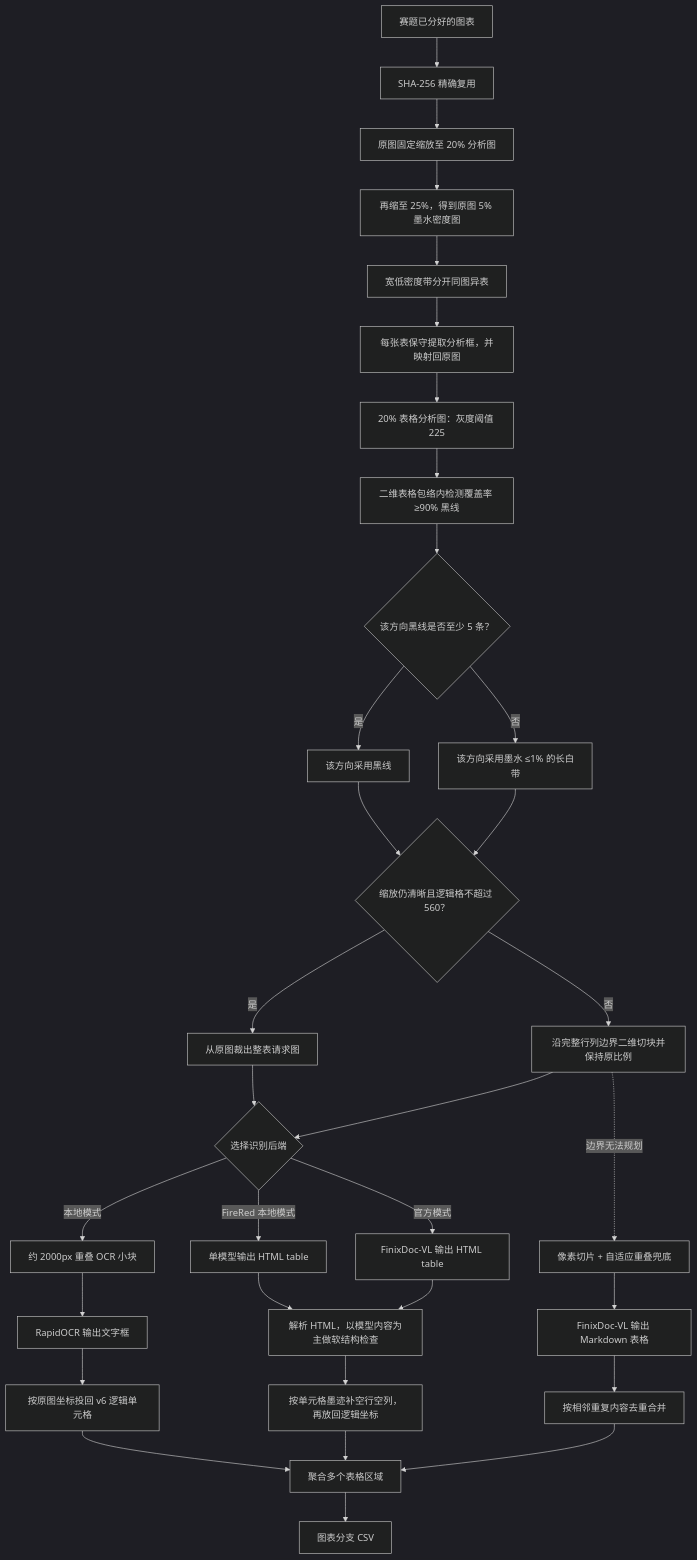
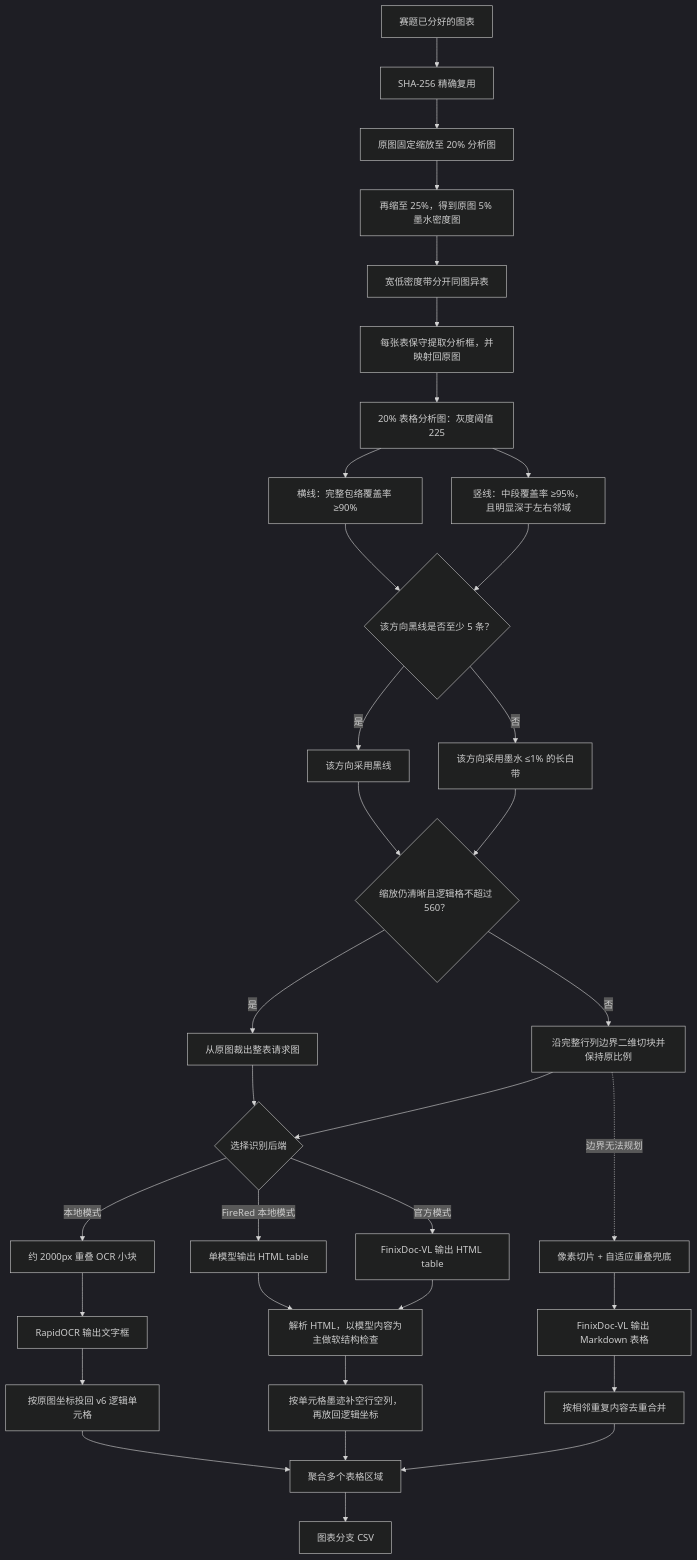
The diagram in afac_pipeline/table/README.md (AAAXXS-0/CAFA6202), drawn with Mermaid (dark theme) before and after one commit. The commit also changed other lines of this file and 4 other files, not shown here.

````diff
--- a/afac_pipeline/table/README.md
+++ b/afac_pipeline/table/README.md
@@ -6,34 +6,36 @@
 ```mermaid
 flowchart TD
     A["赛题已分好的图表"] --> B["SHA-256 精确复用"]
     B --> C["原图固定缩放至 20% 分析图"]
     C --> D["再缩至 25%，得到原图 5% 墨水密度图"]
     D --> E["宽低密度带分开同图异表"]
     E --> F["每张表保守提取分析框，并映射回原图"]
     F --> G["20% 表格分析图：灰度阈值 225"]
-    G --> H["二维表格包络内检测覆盖率 ≥90% 黑线"]
-    H --> V{"该方向黑线是否至少 5 条？"}
+    G --> HR["横线：完整包络覆盖率 ≥90%"]
+    G --> HC["竖线：中段覆盖率 ≥95%，且明显深于左右邻域"]
+    HR --> V{"该方向黑线是否至少 5 条？"}
+    HC --> V
     V -- "是" --> I["该方向采用黑线"]
     V -- "否" --> W["该方向采用墨水 ≤1% 的长白带"]
     I --> X{"缩放仍清晰且逻辑格不超过 560？"}
     W --> X
     X -- "是" --> Y["从原图裁出整表请求图"]
     X -- "否" --> J["沿完整行列边界二维切块并保持原比例"]
     J -. "边界无法规划" .-> N["像素切片 + 自适应重叠兜底"]
     Y --> Z{"选择识别后端"}
     J --> Z
     Z -- "官方模式" --> O["FinixDoc-VL 输出 HTML table"]
     Z -- "FireRed 本地模式" --> FO["单模型输出 HTML table"]
     FO --> Q
     Z -- "本地模式" --> LO["约 2000px 重叠 OCR 小块"]
     LO --> LC["RapidOCR 输出文字框"]
     LC --> LD["按原图坐标投回 v6 逻辑单元格"]
     LD --> T
     N --> P["FinixDoc-VL 输出 Markdown 表格"]
     O --> Q["解析 HTML，以模型内容为主做软结构检查"]
     Q --> R["按单元格墨迹补空行空列，再放回逻辑坐标"]
     P --> S["按相邻重复内容去重合并"]
     R --> T["聚合多个表格区域"]
     S --> T
     T --> U["图表分支 CSV"]
 ```
````
